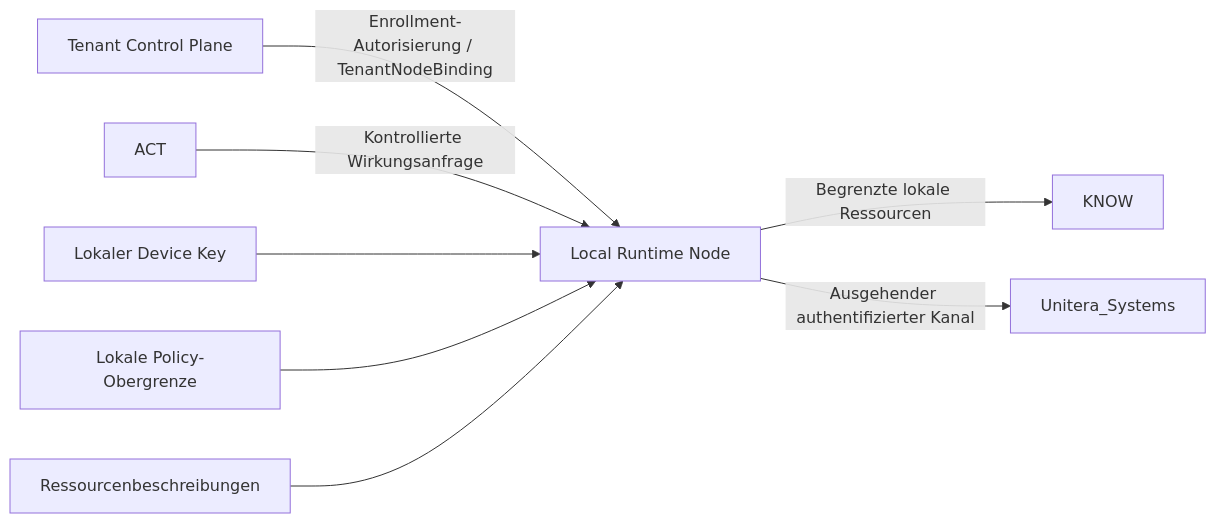
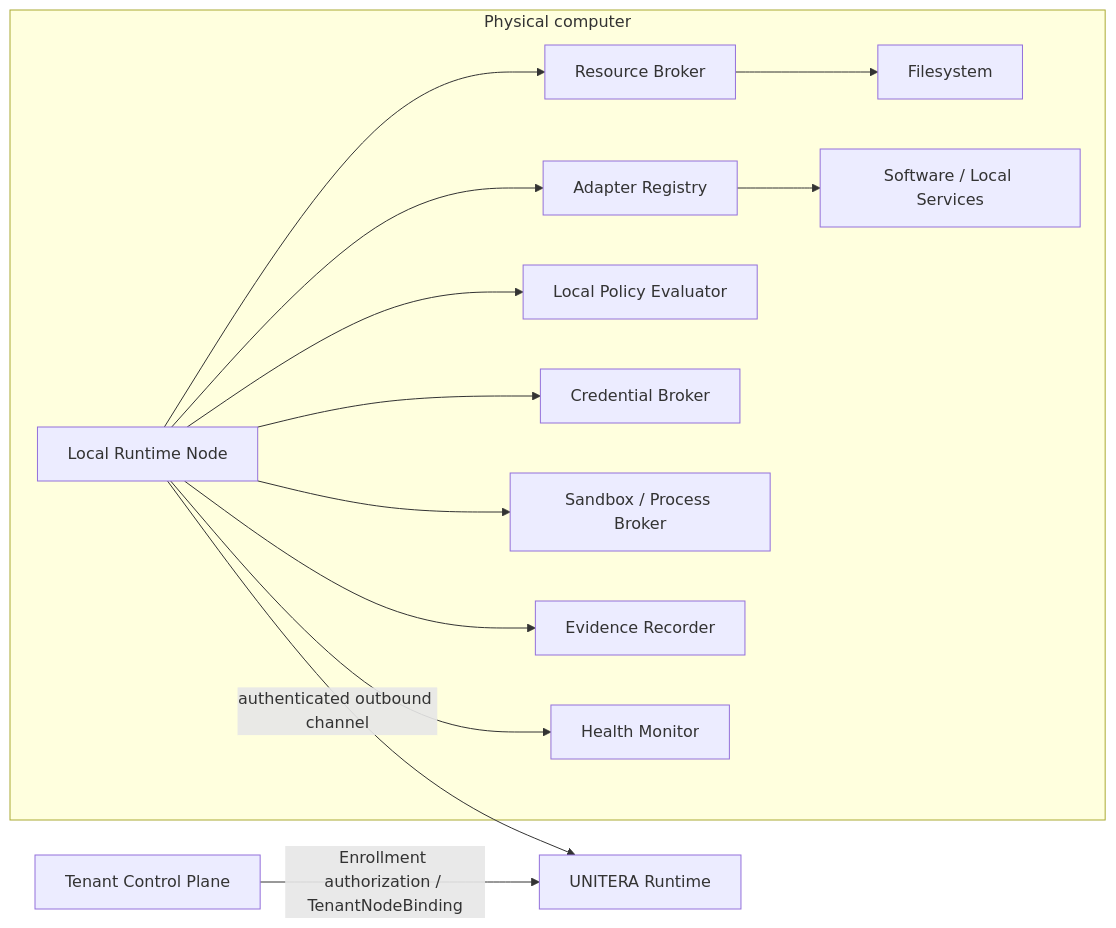
The second of 3 diagrams in docs/de/runtime/local-runtime-node.md (baum777/unitera_public_docs), drawn with Mermaid before and after one commit. The commit also changed other lines of this file, not shown here.

Commit message:
docs: expand Local Runtime Node architecture (de)

````diff
--- a/docs/de/runtime/local-runtime-node.md
+++ b/docs/de/runtime/local-runtime-node.md
@@ -7,11 +150,18 @@
-```mermaid
+~~~mermaid
 flowchart LR
-    CP[Tenant Control Plane] -->|Enrollment-Autorisierung / TenantNodeBinding| N[Local Runtime Node]
-    N -->|Begrenzte lokale Ressourcen| K[KNOW]
-    A[ACT] -->|Kontrollierte Wirkungsanfrage| N
-    N -->|Ausgehender authentifizierter Kanal| S[Unitera_Systems]
+    CP[Tenant Control Plane] -->|Enrollment authorization / TenantNodeBinding| S[UNITERA Runtime]
+    N[Local Runtime Node] -->|authenticated outbound channel| S
 
-    D[Lokaler Device Key] --> N
-    P[Lokale Policy-Obergrenze] --> N
-    R[Ressourcenbeschreibungen] --> N
-```
+    subgraph DEVICE["Physical computer"]
+        N --> RB[Resource Broker]
+        N --> AR[Adapter Registry]
+        N --> LP[Local Policy Evaluator]
+        N --> CB[Credential Broker]
+        N --> SB[Sandbox / Process Broker]
+        N --> ER[Evidence Recorder]
+        N --> HM[Health Monitor]
+
+        RB --> FS[Filesystem]
+        AR --> SW[Software / Local Services]
+    end
+~~~
````
